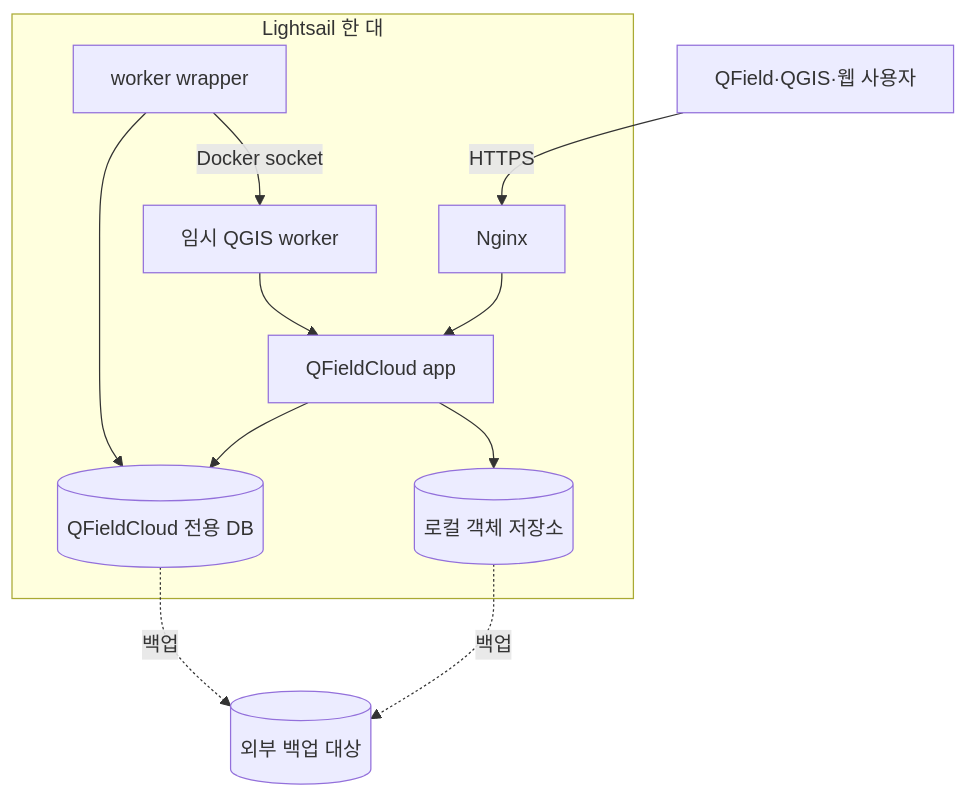
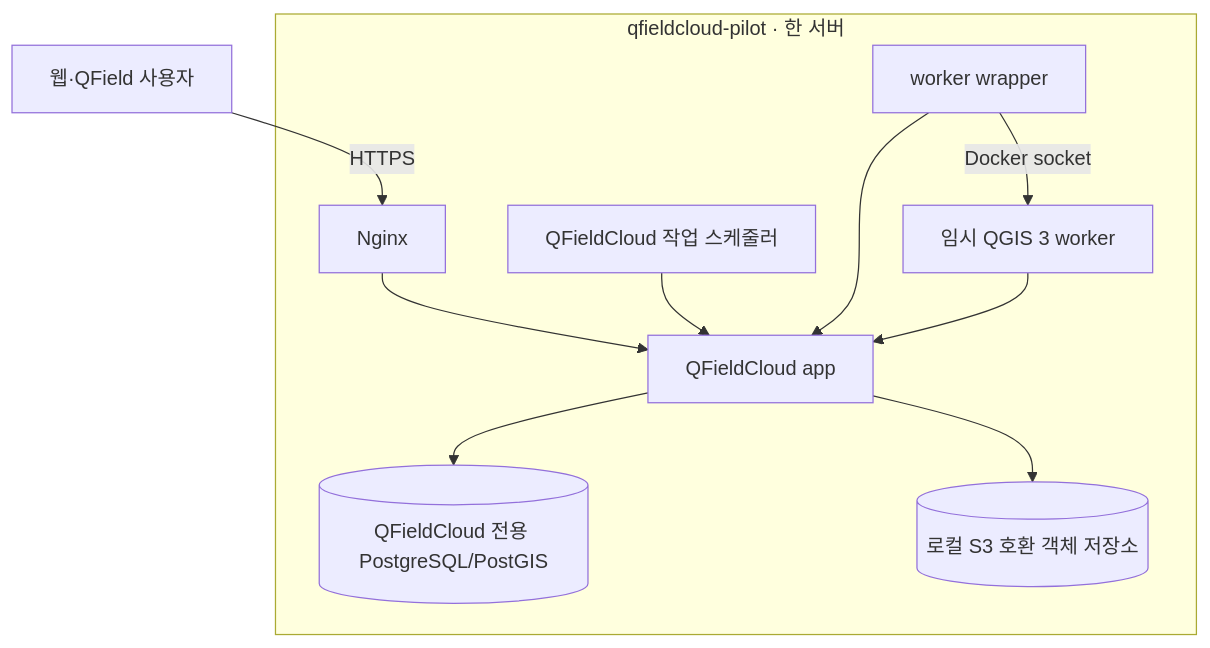
Before and after one commit to jusubkim94/qfieldcloud-self-hosting-for-arboreta: the second of 3 diagrams in docs/architecture.md, drawn with Mermaid. The commit also changed other lines of this file and 41 other files, not shown here.

Commit message:
feat(lab): add browser one-click Lightsail installer

````diff
--- a/docs/architecture.md
+++ b/docs/architecture.md
@@ -17,14 +32,13 @@
 ```mermaid
 flowchart TB
-    U[QField·QGIS·웹 사용자] -->|HTTPS| N[Nginx]
-    subgraph L[Lightsail 한 대]
-        N --> A[QFieldCloud app]
-        A --> D[(QFieldCloud 전용 DB)]
-        A --> O[(로컬 객체 저장소)]
-        W[worker wrapper] --> D
-        W -->|Docker socket| Q[임시 QGIS worker]
-        Q --> A
+    Browser[웹·QField 사용자] -->|HTTPS| Nginx
+    subgraph Lightsail[qfieldcloud-pilot · 한 서버]
+        Nginx --> App[QFieldCloud app]
+        App --> DB[(QFieldCloud 전용 PostgreSQL/PostGIS)]
+        App --> Object[(로컬 S3 호환 객체 저장소)]
+        Scheduler[QFieldCloud 작업 스케줄러] --> App
+        Wrapper[worker wrapper] --> App
+        Wrapper -->|Docker socket| QGIS[임시 QGIS 3 worker]
+        QGIS --> App
     end
-    D -.백업.-> B[(외부 백업 대상)]
-    O -.백업.-> B
 ```
````
